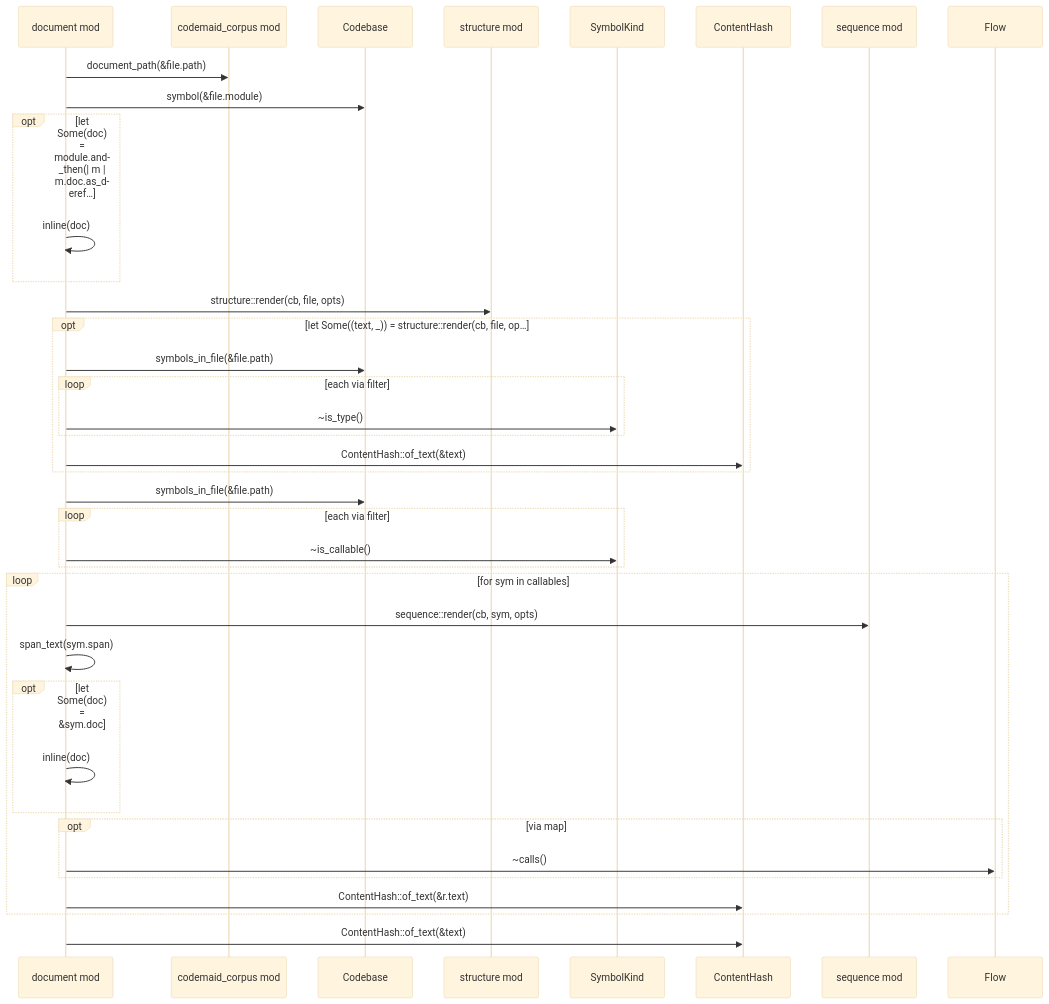
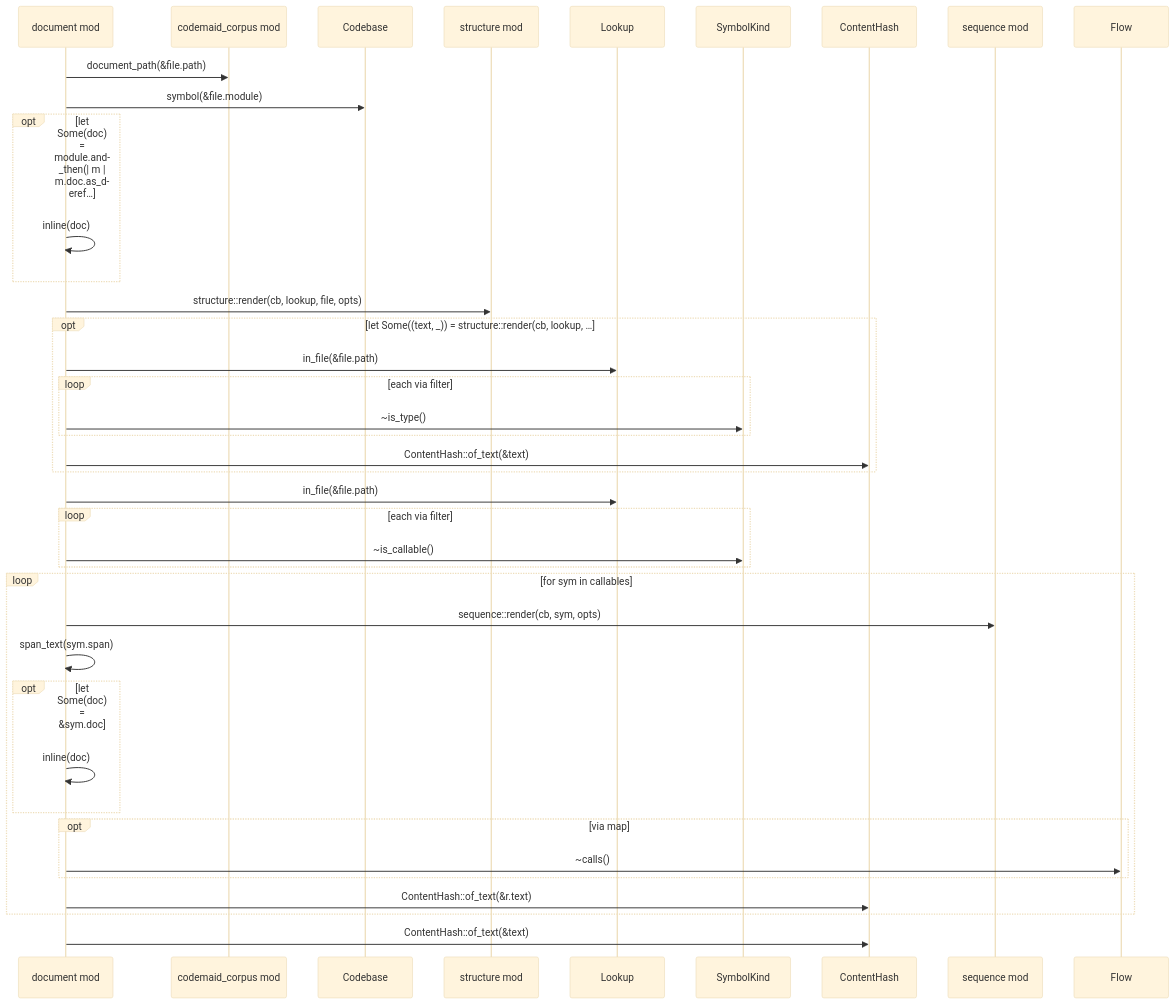
Before and after one commit to DreamLab-AI/codemaid: the second of 3 diagrams in docs/codemaid/crates/codemaid-corpus/src/document.rs.md, drawn with Mermaid (base theme). The commit also changed other lines of this file and 29 other files, not shown here.

````diff
--- a/docs/codemaid/crates/codemaid-corpus/src/document.rs.md
+++ b/docs/codemaid/crates/codemaid-corpus/src/document.rs.md
@@ -58,40 +62,41 @@
 ```mermaid
 sequenceDiagram
   participant codemaid_corpus__document as document mod
   participant codemaid_corpus as codemaid_corpus mod
   participant codemaid_model__codebase__Codebase as Codebase
   participant codemaid_corpus__structure as structure mod
+  participant codemaid_corpus__Lookup as Lookup
   participant codemaid_model__symbol__SymbolKind as SymbolKind
   participant codemaid_model__hash__ContentHash as ContentHash
   participant codemaid_corpus__sequence as sequence mod
   participant codemaid_model__flow__Flow as Flow
   codemaid_corpus__document->>codemaid_corpus: document_path(&file.path)
   codemaid_corpus__document->>codemaid_model__codebase__Codebase: symbol(&file.module)
   opt let Some(doc) = module.and_then(| m | m.doc.as_deref…
     codemaid_corpus__document->>codemaid_corpus__document: inline(doc)
   end
-  codemaid_corpus__document->>codemaid_corpus__structure: structure::render(cb, file, opts)
-  opt let Some((text, _)) = structure::render(cb, file, op…
-    codemaid_corpus__document->>codemaid_model__codebase__Codebase: symbols_in_file(&file.path)
+  codemaid_corpus__document->>codemaid_corpus__structure: structure::render(cb, lookup, file, opts)
+  opt let Some((text, _)) = structure::render(cb, lookup, …
+    codemaid_corpus__document->>codemaid_corpus__Lookup: in_file(&file.path)
     loop each via filter
       codemaid_corpus__document->>codemaid_model__symbol__SymbolKind: ~is_type()
     end
     codemaid_corpus__document->>codemaid_model__hash__ContentHash: ContentHash::of_text(&text)
   end
-  codemaid_corpus__document->>codemaid_model__codebase__Codebase: symbols_in_file(&file.path)
+  codemaid_corpus__document->>codemaid_corpus__Lookup: in_file(&file.path)
   loop each via filter
     codemaid_corpus__document->>codemaid_model__symbol__SymbolKind: ~is_callable()
   end
   loop for sym in callables
     codemaid_corpus__document->>codemaid_corpus__sequence: sequence::render(cb, sym, opts)
     codemaid_corpus__document->>codemaid_corpus__document: span_text(sym.span)
     opt let Some(doc) = &sym.doc
       codemaid_corpus__document->>codemaid_corpus__document: inline(doc)
     end
     opt via map
       codemaid_corpus__document->>codemaid_model__flow__Flow: ~calls()
     end
     codemaid_corpus__document->>codemaid_model__hash__ContentHash: ContentHash::of_text(&r.text)
   end
   codemaid_corpus__document->>codemaid_model__hash__ContentHash: ContentHash::of_text(&text)
 ```
````
